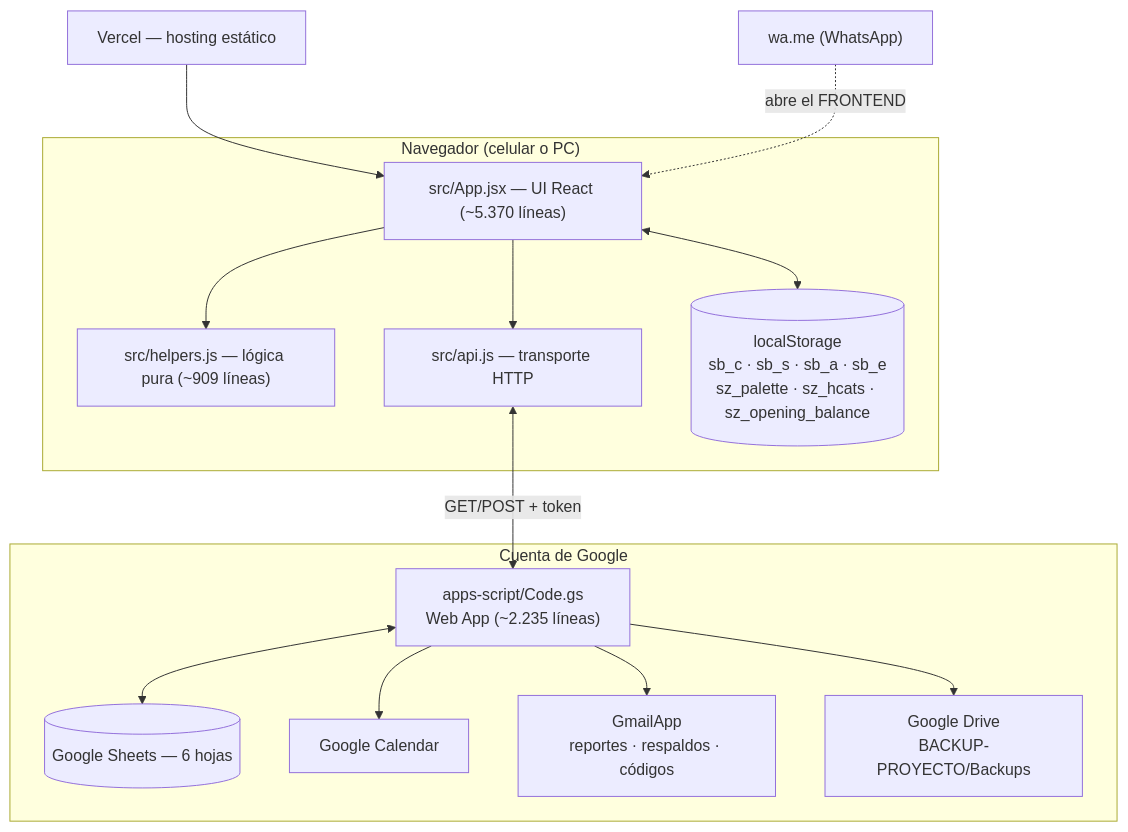
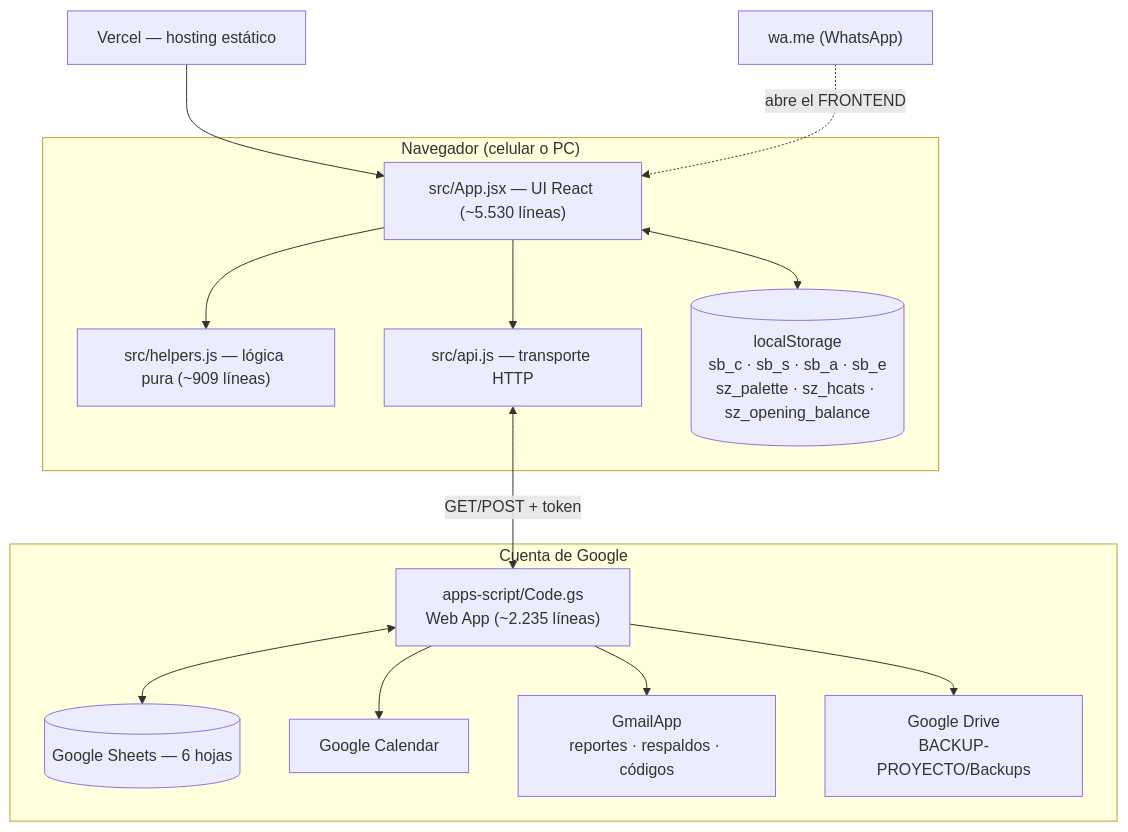
The diagram in docs/ARQUITECTURA_Y_FUNCIONALIDADES.md (bryanm92s/WXYZ), drawn with Mermaid before and after one commit. The commit also changed other lines of this file and 3 other files, not shown here.

````diff
--- a/docs/ARQUITECTURA_Y_FUNCIONALIDADES.md
+++ b/docs/ARQUITECTURA_Y_FUNCIONALIDADES.md
@@ -41,28 +41,28 @@
 ```mermaid
 flowchart TD
     subgraph Cliente["Navegador (celular o PC)"]
-        UI["src/App.jsx — UI React (~5.370 líneas)"]
+        UI["src/App.jsx — UI React (~5.530 líneas)"]
         HLP["src/helpers.js — lógica pura (~909 líneas)"]
         API["src/api.js — transporte HTTP"]
         LS[("localStorage<br/>sb_c · sb_s · sb_a · sb_e<br/>sz_palette · sz_hcats · sz_opening_balance")]
         UI --> HLP
         UI --> API
         UI <--> LS
     end
 
     subgraph Google["Cuenta de Google"]
         GAS["apps-script/Code.gs<br/>Web App (~2.235 líneas)"]
         SH[("Google Sheets — 6 hojas")]
         CAL["Google Calendar"]
         GMAIL["GmailApp<br/>reportes · respaldos · códigos"]
         DRV["Google Drive<br/>BACKUP-PROYECTO/Backups"]
         GAS <--> SH
         GAS --> CAL
         GAS --> GMAIL
         GAS --> DRV
     end
 
     Vercel["Vercel — hosting estático"] --> UI
     API <-->|"GET/POST + token"| GAS
     WA["wa.me (WhatsApp)"] -.->|"abre el FRONTEND"| UI
 ```
````
